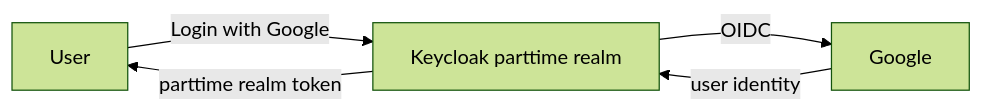
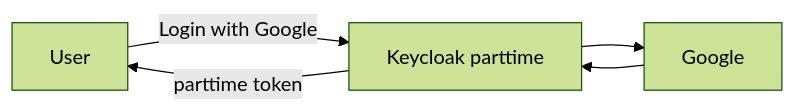
The second of 4 diagrams in docs/keycloak.md (zerotechmn/multi-tenant-architecture), drawn with Mermaid (forest theme) before and after one commit. The commit also changed other lines of this file, not shown here.

````diff
--- a/docs/keycloak.md
+++ b/docs/keycloak.md
@@ -328,7 +215,7 @@
 ```mermaid
 flowchart LR
-    U[User] -->|"Login with Google"| KC[Keycloak parttime realm]
-    KC -->|OIDC| G[Google]
-    G -->|user identity| KC
-    KC -->|parttime realm token| U
+    U[User] -->|Login with Google| KC[Keycloak parttime]
+    KC --> G[Google]
+    G --> KC
+    KC -->|parttime token| U
 ```
````
